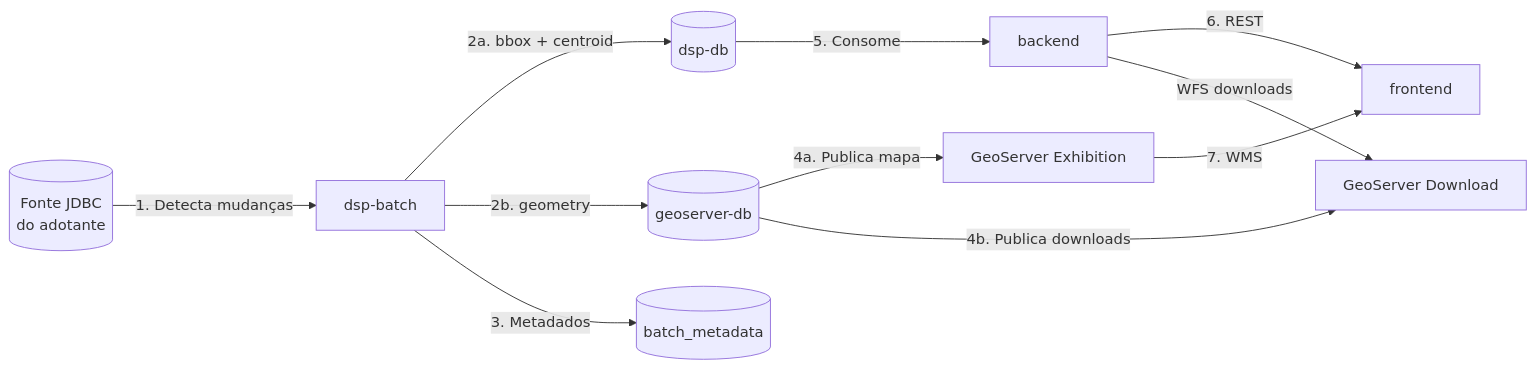
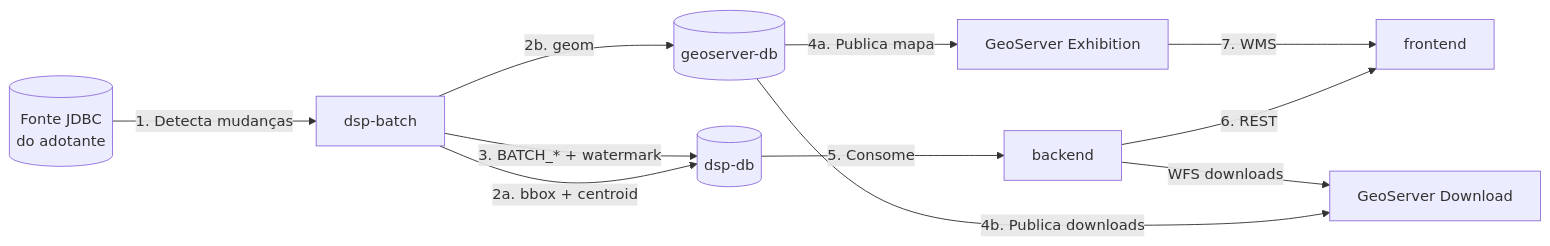
The fourth of 4 diagrams in docs/architecture/overview.md (kleber-albino/rer-dsp-docs), drawn with Mermaid before and after one commit. The commit also changed other lines of this file and 14 other files, not shown here.

````diff
--- a/docs/architecture/overview.md
+++ b/docs/architecture/overview.md
@@ -159,13 +159,13 @@
 ```mermaid
 flowchart LR
   A[(Fonte JDBC<br/>do adotante)] -->|1. Detecta mudanças| B[dsp-batch]
   B -->|2a. bbox + centroid| C[(dsp-db)]
-  B -->|2b. geometry| E[(geoserver-db)]
-  B -->|3. Metadados| D[(batch_metadata)]
+  B -->|2b. geom| E[(geoserver-db)]
+  B -->|3. BATCH_* + watermark| C
   E -->|4a. Publica mapa| GEx[GeoServer Exhibition]
   E -->|4b. Publica downloads| GDl[GeoServer Download]
   C -->|5. Consome| F[backend]
   F -->|6. REST| H[frontend]
   F -->|WFS downloads| GDl
   GEx -->|7. WMS| H
 ```
````
